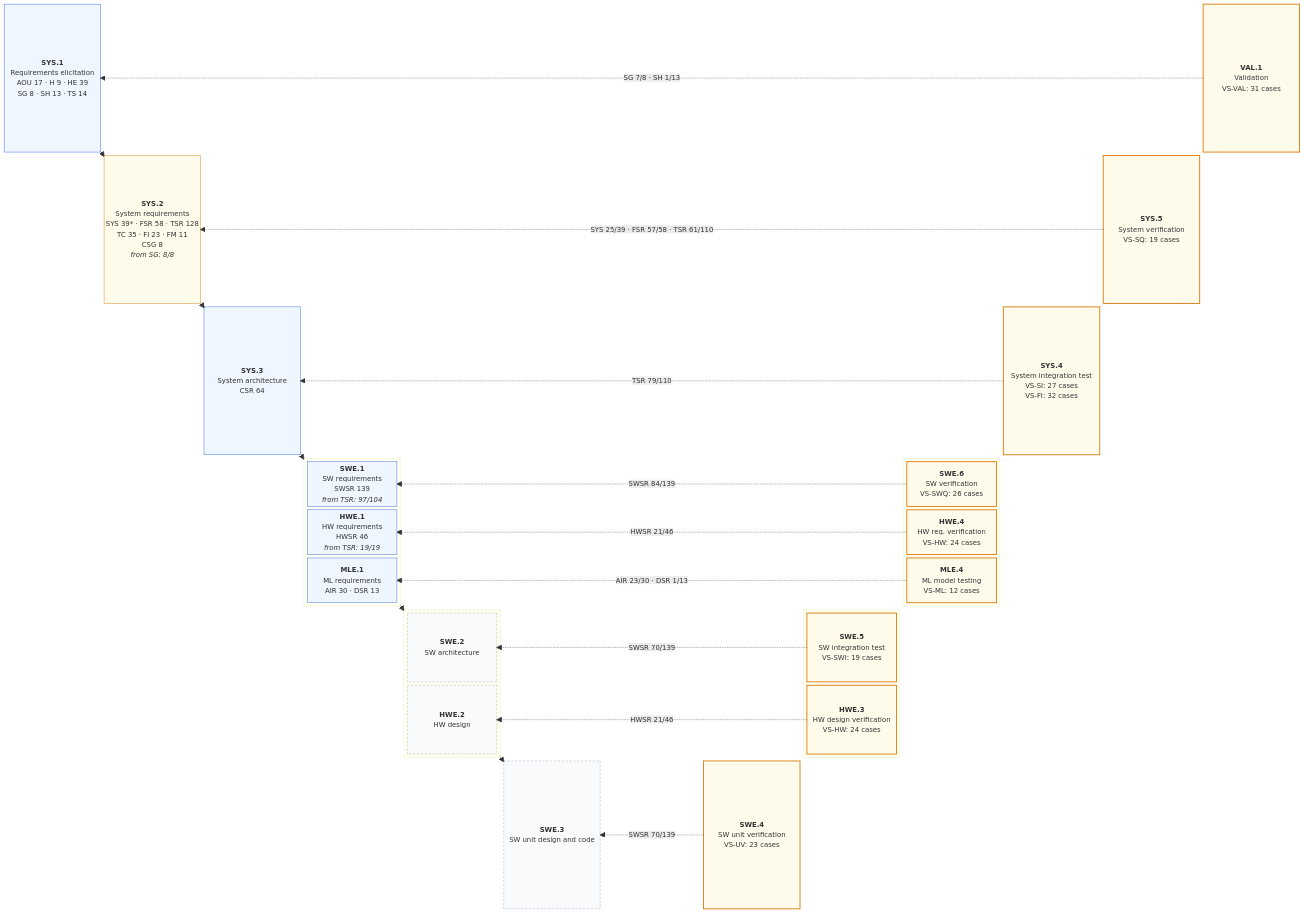
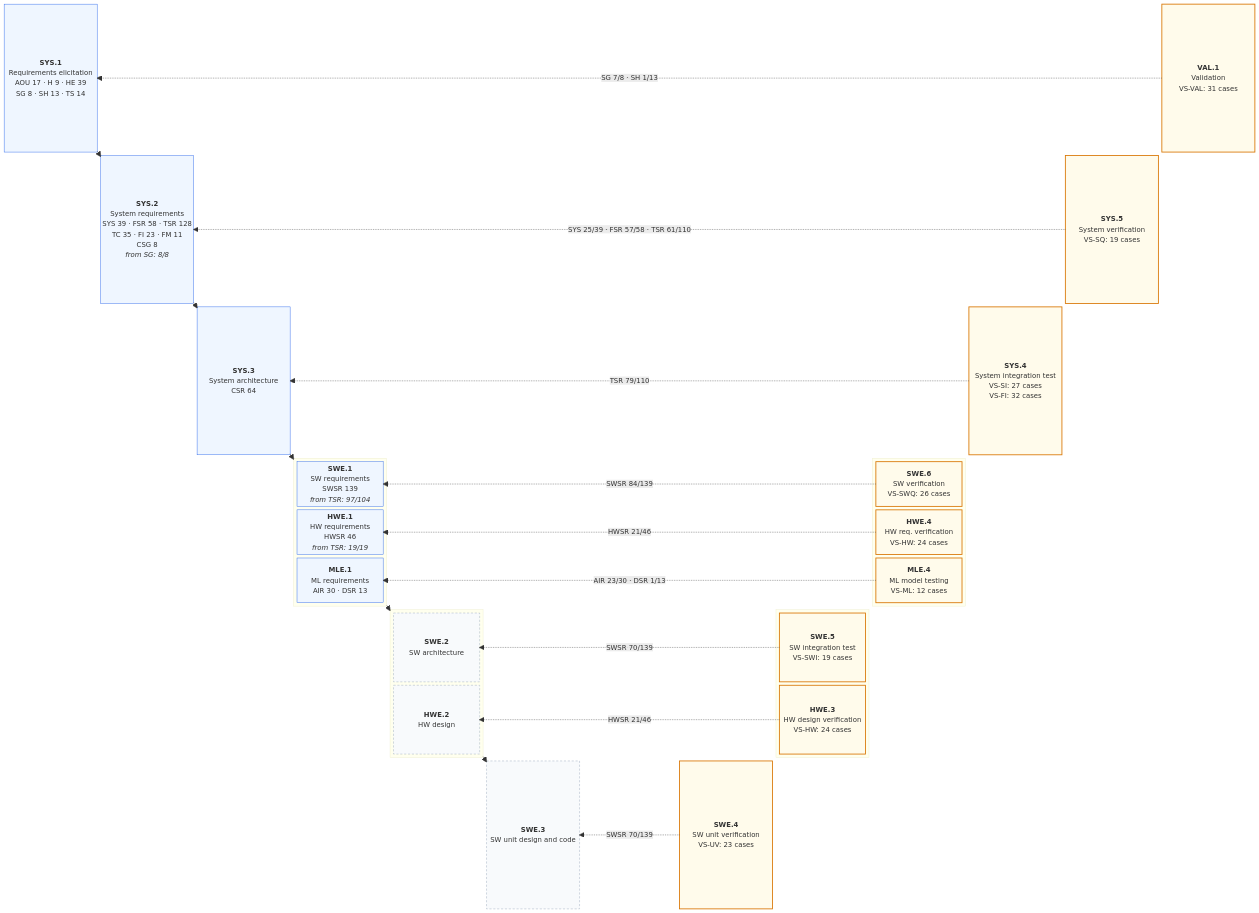
Before and after one commit to jherrodthomas/LionDriver: the first of 2 diagrams in assurance/trace/maps/aspice-trace-map.md, drawn with Mermaid. The commit also changed other lines of this file and 17 other files, not shown here.

```diff
--- a/assurance/trace/maps/aspice-trace-map.md
+++ b/assurance/trace/maps/aspice-trace-map.md
@@ -36,7 +36,7 @@
   space
   VAL1["<b>VAL.1</b><br/>Validation<br/>VS-VAL: 31 cases"]
   space
-  SYS2["<b>SYS.2</b><br/>System requirements<br/>SYS 39* · FSR 58 · TSR 128<br/>TC 35 · FI 23 · FM 11<br/>CSG 8<br/><i>from SG: 8/8</i>"]
+  SYS2["<b>SYS.2</b><br/>System requirements<br/>SYS 39 · FSR 58 · TSR 128<br/>TC 35 · FI 23 · FM 11<br/>CSG 8<br/><i>from SG: 8/8</i>"]
   space
   space
   space
@@ -142,7 +142,7 @@
   style HWE3 fill:#FFFBEB,stroke:#D97706,stroke-width:2px
   style SWE4 fill:#FFFBEB,stroke:#D97706,stroke-width:2px
   style SYS1 fill:#EFF6FF,stroke:#2563EB
-  style SYS2 fill:#FFFBEB,stroke:#D97706
+  style SYS2 fill:#EFF6FF,stroke:#2563EB
   style SYS3 fill:#EFF6FF,stroke:#2563EB
   style SWE1 fill:#EFF6FF,stroke:#2563EB
   style HWE1 fill:#EFF6FF,stroke:#2563EB
```
